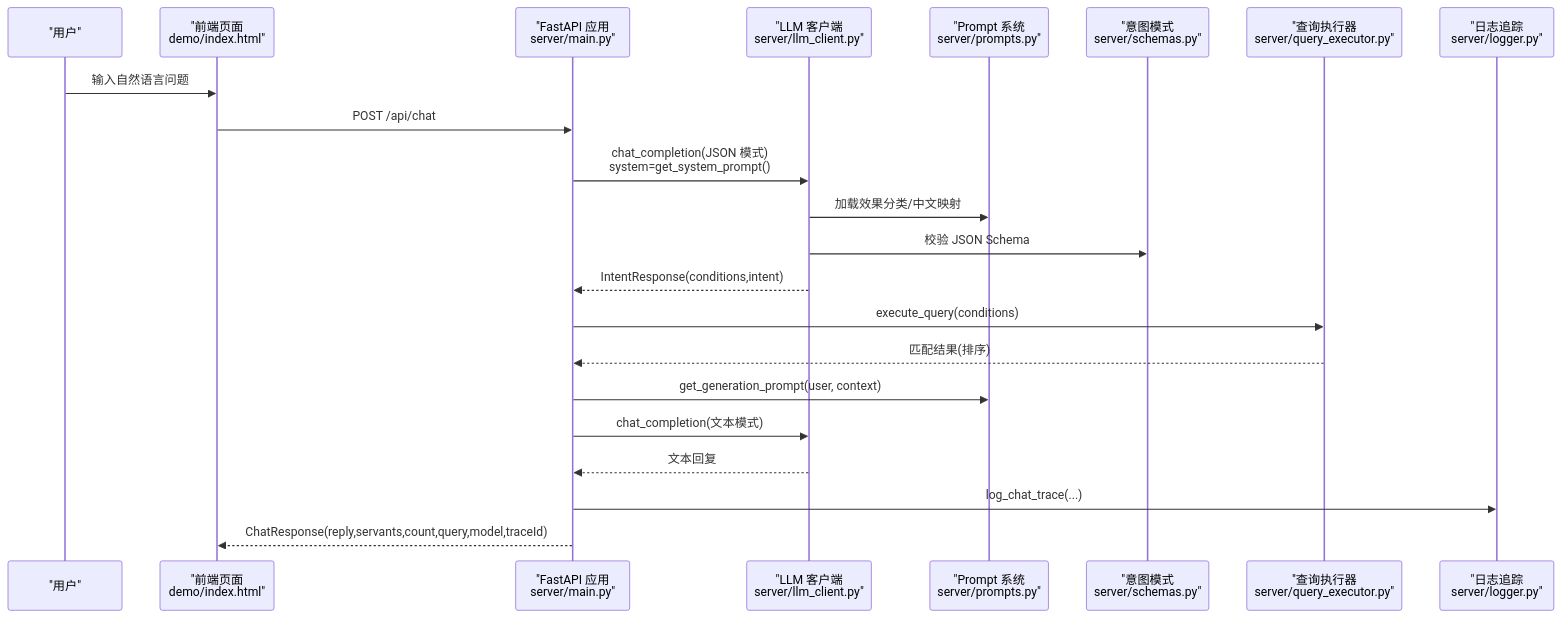
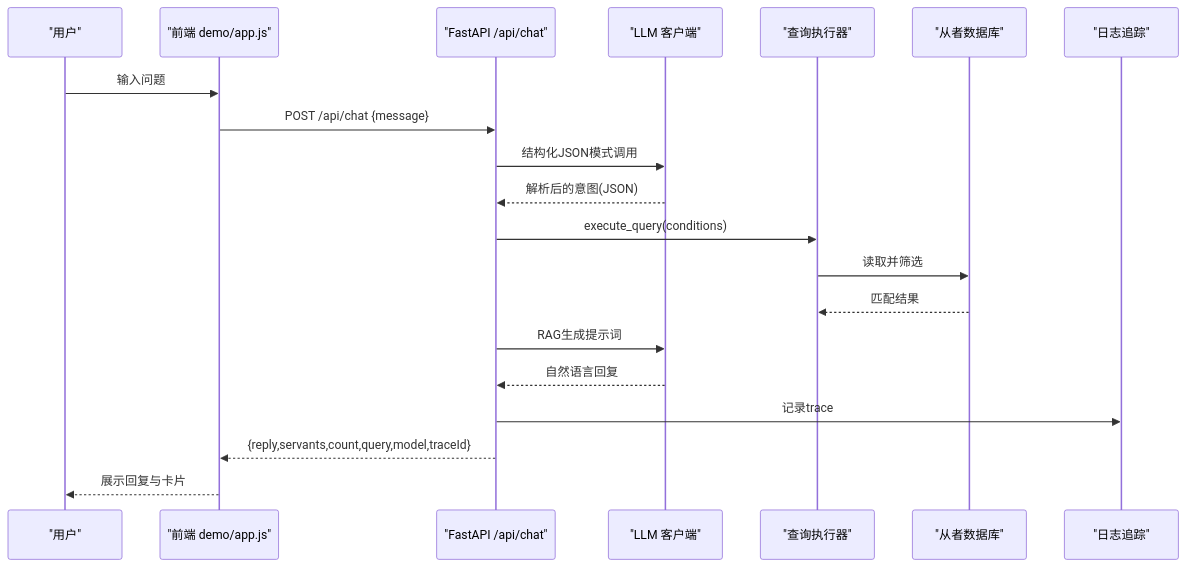
One commit to kanoha222/Laplace changed the second of 6 diagrams in .qoder/repowiki/zh/content/系统架构/系统架构.md. Above: the diagram before and after it, drawn with Mermaid. The commit also changed other lines of this file and 54 other files, not shown here.

````diff
--- a/.qoder/repowiki/zh/content/系统架构/系统架构.md
+++ b/.qoder/repowiki/zh/content/系统架构/系统架构.md
@@ -138,24 +115,22 @@
 ```mermaid
 sequenceDiagram
 participant U as "用户"
-participant FE as "前端页面<br/>demo/index.html"
-participant API as "FastAPI 应用<br/>server/main.py"
-participant LLM as "LLM 客户端<br/>server/llm_client.py"
-participant PROMPT as "Prompt 系统<br/>server/prompts.py"
-participant SCHEMA as "意图模式<br/>server/schemas.py"
-participant EXEC as "查询执行器<br/>server/query_executor.py"
-participant LOG as "日志追踪<br/>server/logger.py"
-U->>FE : 输入自然语言问题
-FE->>API : POST /api/chat
-API->>LLM : chat_completion(JSON 模式)<br/>system=get_system_prompt()
-LLM->>PROMPT : 加载效果分类/中文映射
-LLM->>SCHEMA : 校验 JSON Schema
-LLM-->>API : IntentResponse(conditions,intent)
-API->>EXEC : execute_query(conditions)
-EXEC-->>API : 匹配结果(排序)
-API->>PROMPT : get_generation_prompt(user, context)
-API->>LLM : chat_completion(文本模式)
-LLM-->>API : 文本回复
-API->>LOG : log_chat_trace(...)
-API-->>FE : ChatResponse(reply,servants,count,query,model,traceId)
+participant FE as "前端 demo/app.js"
+participant API as "FastAPI /api/chat"
+participant LLM as "LLM 客户端"
+participant Q as "查询执行器"
+participant DB as "从者数据库"
+participant LOG as "日志追踪"
+U->>FE : 输入问题
+FE->>API : POST /api/chat {message}
+API->>LLM : 结构化JSON模式调用
+LLM-->>API : 解析后的意图(JSON)
+API->>Q : execute_query(conditions)
+Q->>DB : 读取并筛选
+DB-->>Q : 匹配结果
+API->>LLM : RAG生成提示词
+LLM-->>API : 自然语言回复
+API->>LOG : 记录trace
+API-->>FE : {reply,servants,count,query,model,traceId}
+FE-->>U : 展示回复与卡片
 ```
````
